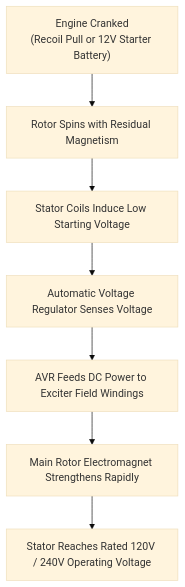
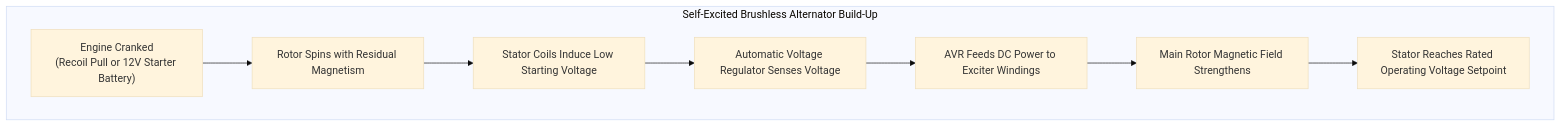
Before and after one commit to calcmypowerharis-app/kr: the fourth of 8 diagrams in content-drafts/how-does-a-generator-work.md, drawn with Mermaid (base theme). The commit also changed other lines of this file, not shown here.

Commit message:
docs(content): update Honda inverter citations, qualify AVR voltage build-up, and refine refueling safety

````diff
--- a/content-drafts/how-does-a-generator-work.md
+++ b/content-drafts/how-does-a-generator-work.md
@@ -164,9 +166,11 @@
 ```mermaid
 flowchart TD
-    A["Engine Cranked<br>(Recoil Pull or 12V Starter Battery)"] --> B["Rotor Spins with Residual Magnetism"]
-    B --> C["Stator Coils Induce Low Starting Voltage"]
-    C --> D["Automatic Voltage Regulator Senses Voltage"]
-    D --> E["AVR Feeds DC Power to Exciter Field Windings"]
-    E --> F["Main Rotor Electromagnet Strengthens Rapidly"]
-    F --> G["Stator Reaches Rated 120V / 240V Operating Voltage"]
+    subgraph BuildUp["Self-Excited Brushless Alternator Build-Up"]
+        A["Engine Cranked<br>(Recoil Pull or 12V Starter Battery)"] --> B["Rotor Spins with Residual Magnetism"]
+        B --> C["Stator Coils Induce Low Starting Voltage"]
+        C --> D["Automatic Voltage Regulator Senses Voltage"]
+        D --> E["AVR Feeds DC Power to Exciter Windings"]
+        E --> F["Main Rotor Magnetic Field Strengthens"]
+        F --> G["Stator Reaches Rated Operating Voltage Setpoint"]
+    end
 ```
````
